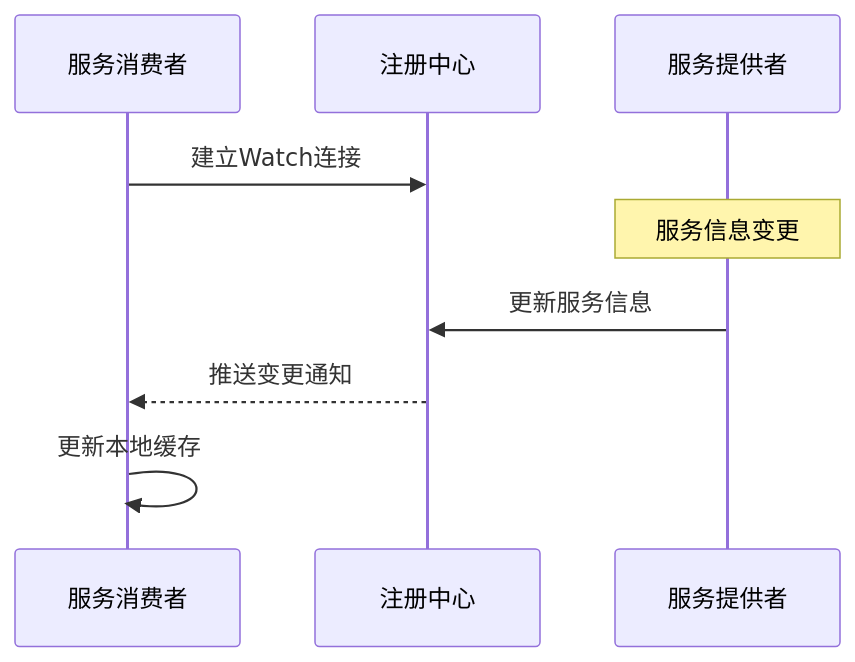
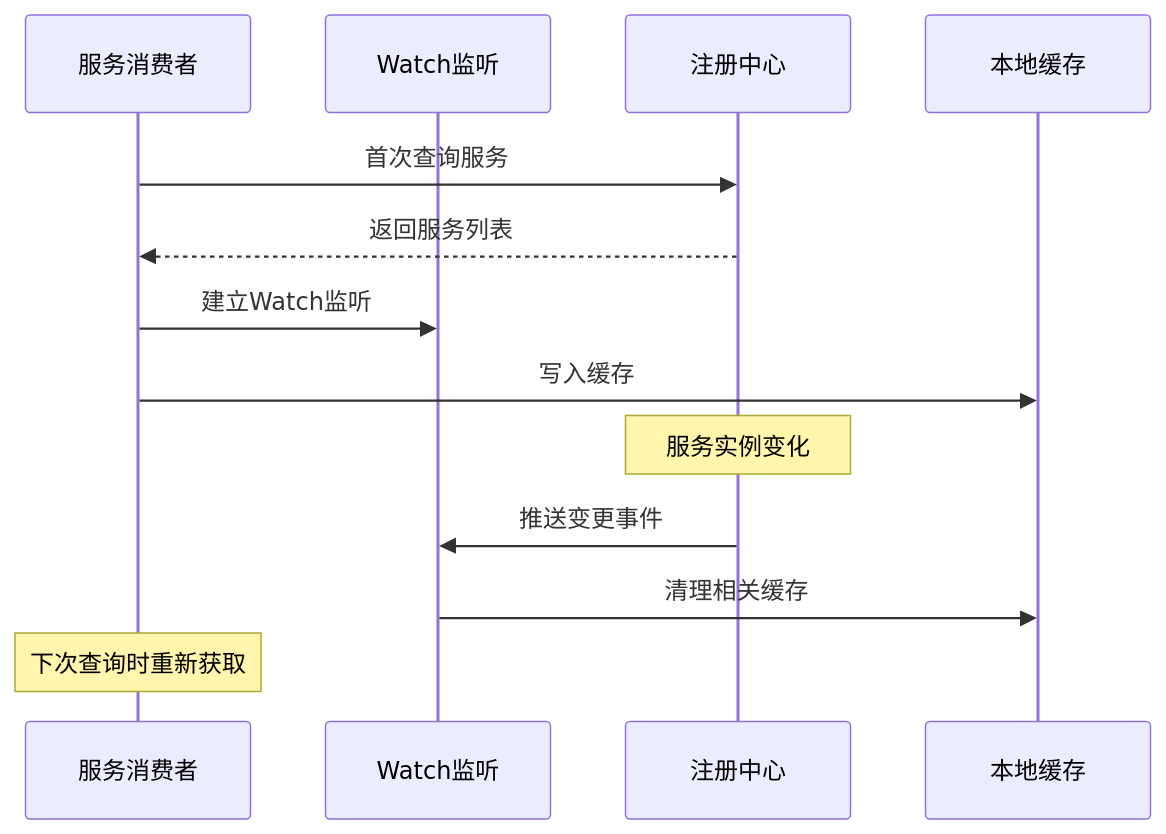
One commit to 2042159221/learn-RPC changed the third of 9 diagrams in doc/服务注册信息缓存更新与一致性保障.md. Above: the diagram before and after it, drawn with Mermaid. The commit also changed other lines of this file and 30 other files, not shown here.

````diff
--- a/doc/服务注册信息缓存更新与一致性保障.md
+++ b/doc/服务注册信息缓存更新与一致性保障.md
@@ -63,12 +145,18 @@
 ```mermaid
 sequenceDiagram
-    participant C as 服务消费者
-    participant R as 注册中心
-    participant P as 服务提供者
-    
-    C->>R: 建立Watch连接
-    Note over P: 服务信息变更
-    P->>R: 更新服务信息
-    R-->>C: 推送变更通知
-    C->>C: 更新本地缓存
+    participant Consumer as 服务消费者
+    participant Watch as Watch监听
+    participant Registry as 注册中心
+    participant Cache as 本地缓存
+
+    Consumer->>Registry: 首次查询服务
+    Registry-->>Consumer: 返回服务列表
+    Consumer->>Watch: 建立Watch监听
+    Consumer->>Cache: 写入缓存
+
+    Note over Registry: 服务实例变化
+    Registry->>Watch: 推送变更事件
+    Watch->>Cache: 清理相关缓存
+
+    Note over Consumer: 下次查询时重新获取
 ```
````
